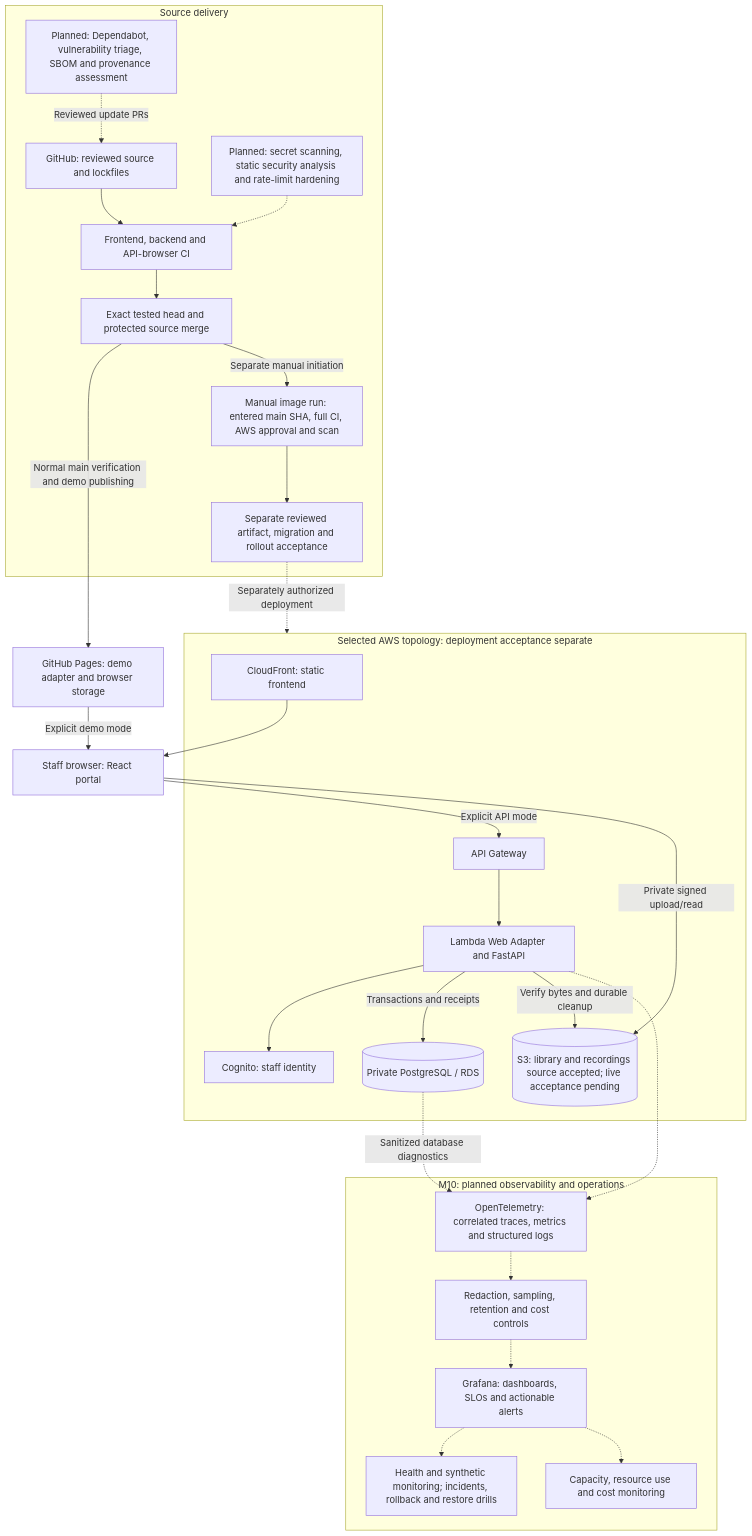
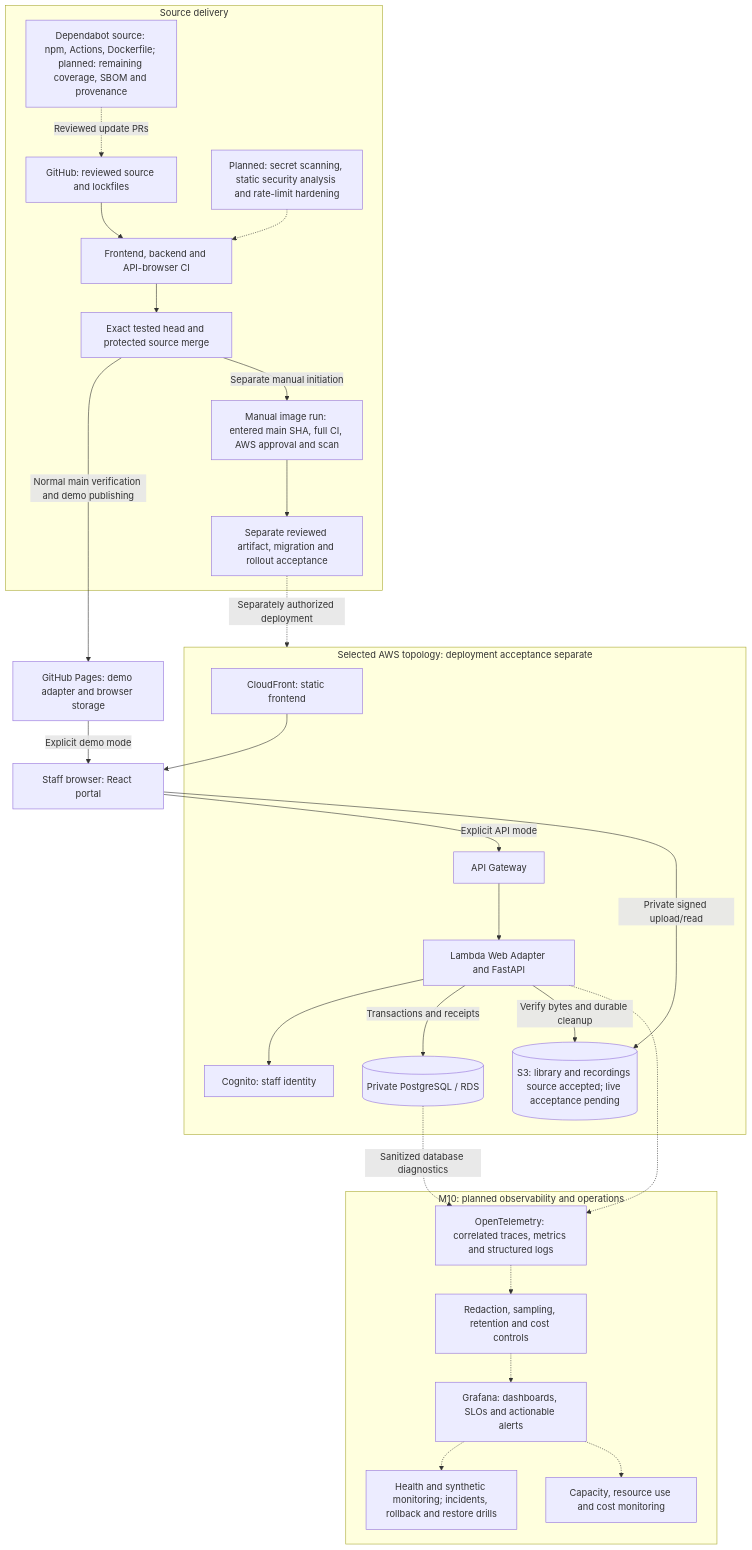
The first of 3 diagrams in docs/Architecture/diagram.md (LimYouSheng/FitfinityReact), drawn with Mermaid before and after one commit. The commit also changed 9 other files, not shown here.

````diff
--- a/docs/Architecture/diagram.md
+++ b/docs/Architecture/diagram.md
@@ -9,48 +9,48 @@
 ```mermaid
 flowchart TB
   Staff["Staff browser: React portal"]
   Pages["GitHub Pages: demo adapter and browser storage"]
   subgraph AWS["Selected AWS topology: deployment acceptance separate"]
     Assets["CloudFront: static frontend"]
     Gateway["API Gateway"]
     App["Lambda Web Adapter and FastAPI"]
     Identity["Cognito: staff identity"]
     DB[("Private PostgreSQL / RDS")]
     Media[("S3: library and recordings source accepted; live acceptance pending")]
   end
   subgraph Delivery["Source delivery"]
     Repo["GitHub: reviewed source and lockfiles"]
     CI["Frontend, backend and API-browser CI"]
     Merge["Exact tested head and protected source merge"]
     Image["Manual image run: entered main SHA, full CI, AWS approval and scan"]
     Release["Separate reviewed artifact, migration and rollout acceptance"]
-    Supply["Planned: Dependabot, vulnerability triage, SBOM and provenance assessment"]
+    Supply["Dependabot source: npm, Actions, Dockerfile; planned: remaining coverage, SBOM and provenance"]
     Security["Planned: secret scanning, static security analysis and rate-limit hardening"]
   end
   subgraph Operations["M10: planned observability and operations"]
     OTel["OpenTelemetry: correlated traces, metrics and structured logs"]
     Privacy["Redaction, sampling, retention and cost controls"]
     Grafana["Grafana: dashboards, SLOs and actionable alerts"]
     Ops["Health and synthetic monitoring; incidents, rollback and restore drills"]
     Capacity["Capacity, resource use and cost monitoring"]
   end
   Assets --> Staff
   Pages -->|"Explicit demo mode"| Staff
   Staff -->|"Explicit API mode"| Gateway
   Gateway --> App
   App --> Identity
   App -->|"Transactions and receipts"| DB
   Staff -->|"Private signed upload/read"| Media
   App -->|"Verify bytes and durable cleanup"| Media
   Repo --> CI --> Merge
   Merge -->|"Normal main verification and demo publishing"| Pages
   Merge -->|"Separate manual initiation"| Image --> Release
   Release -.->|"Separately authorized deployment"| AWS
   Supply -.->|"Reviewed update PRs"| Repo
   Security -.-> CI
   App -.-> OTel
   DB -.->|"Sanitized database diagnostics"| OTel
   OTel -.-> Privacy -.-> Grafana
   Grafana -.-> Ops
   Grafana -.-> Capacity
 ```
````
